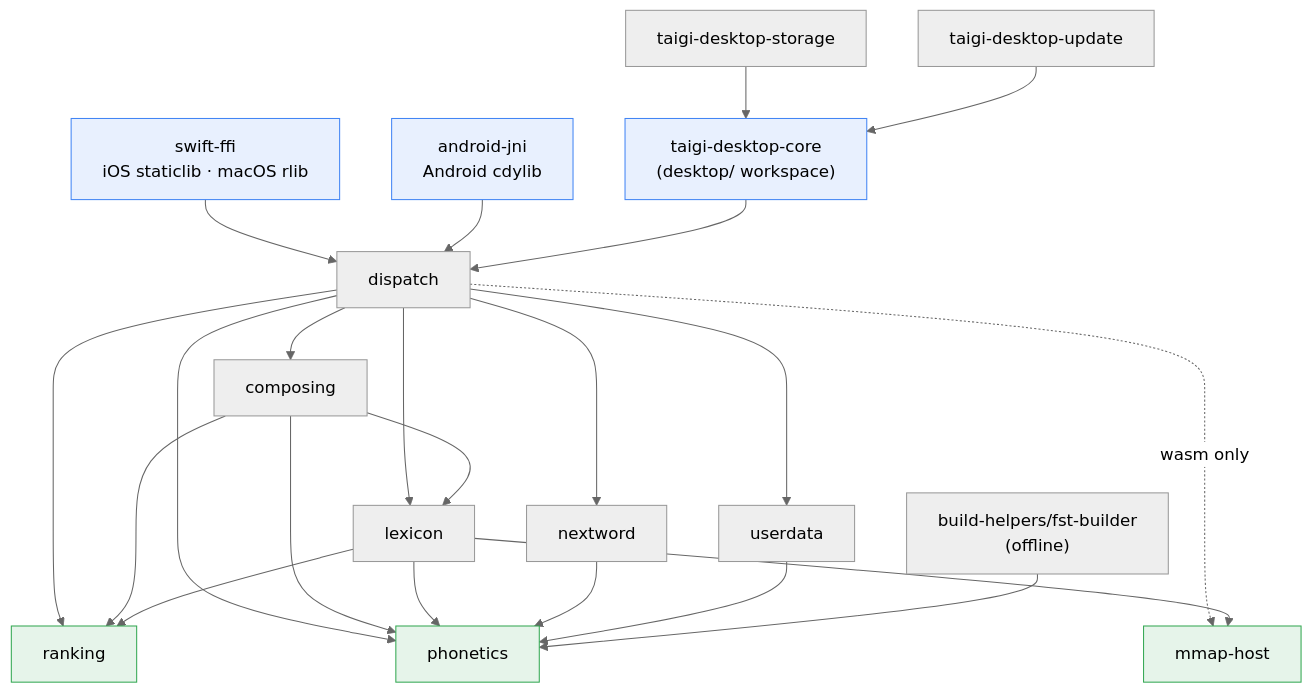
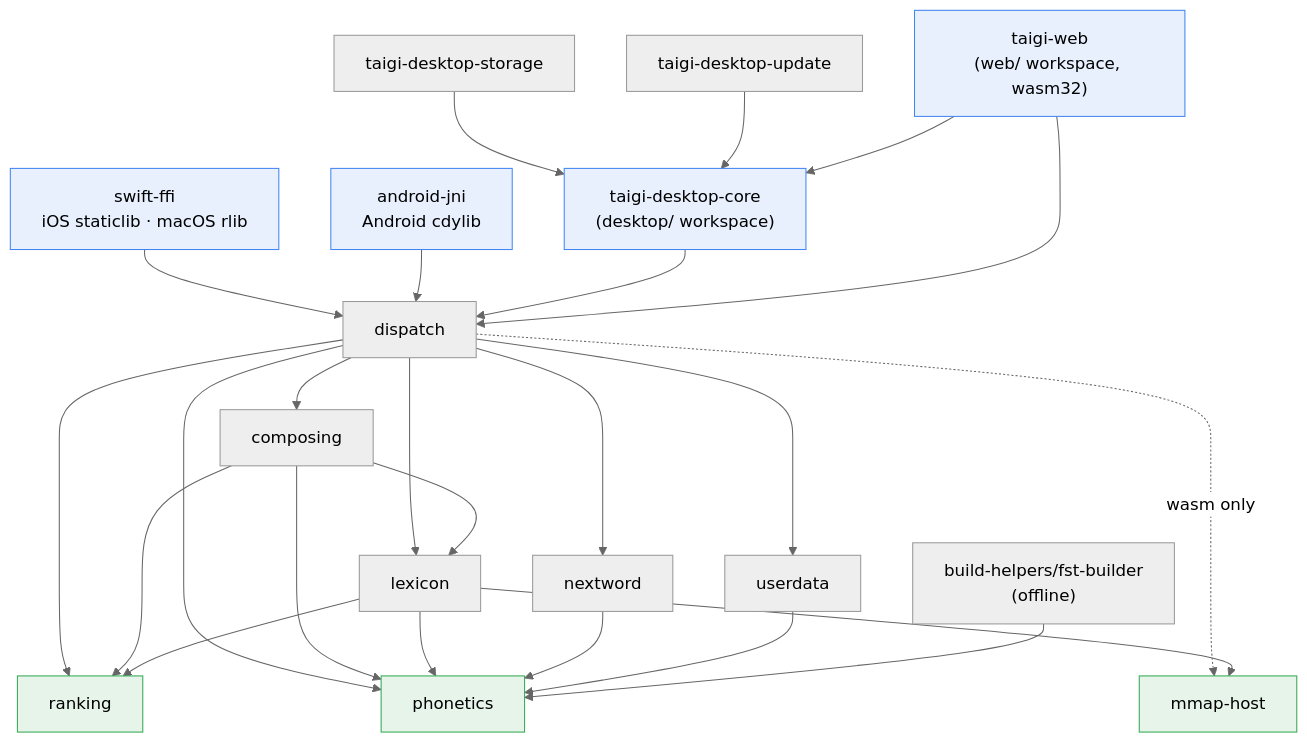
One commit to taigikeyboard/taigikeyboard changed the second of 4 diagrams in docs/architecture/system-overview.md. Above: the diagram before and after it, drawn with Mermaid (neutral theme). The commit also changed other lines of this file and 38 other files, not shown here.

First line of the commit message:
docs(architecture): drop stale, redundant and done-work detail

````diff
--- a/docs/architecture/system-overview.md
+++ b/docs/architecture/system-overview.md
@@ -82,29 +87,31 @@
 ```mermaid
 graph TD
     swiftffi["swift-ffi<br/>iOS staticlib · macOS rlib"] --> dispatch
     androidjni["android-jni<br/>Android cdylib"] --> dispatch
     dcore["taigi-desktop-core<br/>(desktop/ workspace)"] --> dispatch
     dstorage["taigi-desktop-storage"] --> dcore
     dupdate["taigi-desktop-update"] --> dcore
+    web["taigi-web<br/>(web/ workspace, wasm32)"] --> dcore
+    web --> dispatch
     dispatch --> composing
     dispatch --> lexicon
     dispatch --> nextword
     dispatch --> ranking
     dispatch --> userdata
     dispatch --> phonetics
     dispatch -. wasm only .-> mmaphost
     composing --> lexicon
     composing --> ranking
     composing --> phonetics
     lexicon --> ranking
     lexicon --> phonetics
     lexicon --> mmaphost["mmap-host"]
     nextword --> phonetics
     userdata --> phonetics
     fstbuilder["build-helpers/fst-builder<br/>(offline)"] --> phonetics
 
     classDef adapter fill:#e8f0fe,stroke:#4285f4;
     classDef leaf fill:#e6f4ea,stroke:#34a853;
-    class swiftffi,androidjni,dcore adapter;
+    class swiftffi,androidjni,dcore,web adapter;
     class phonetics,mmaphost,ranking leaf;
 ```
````
